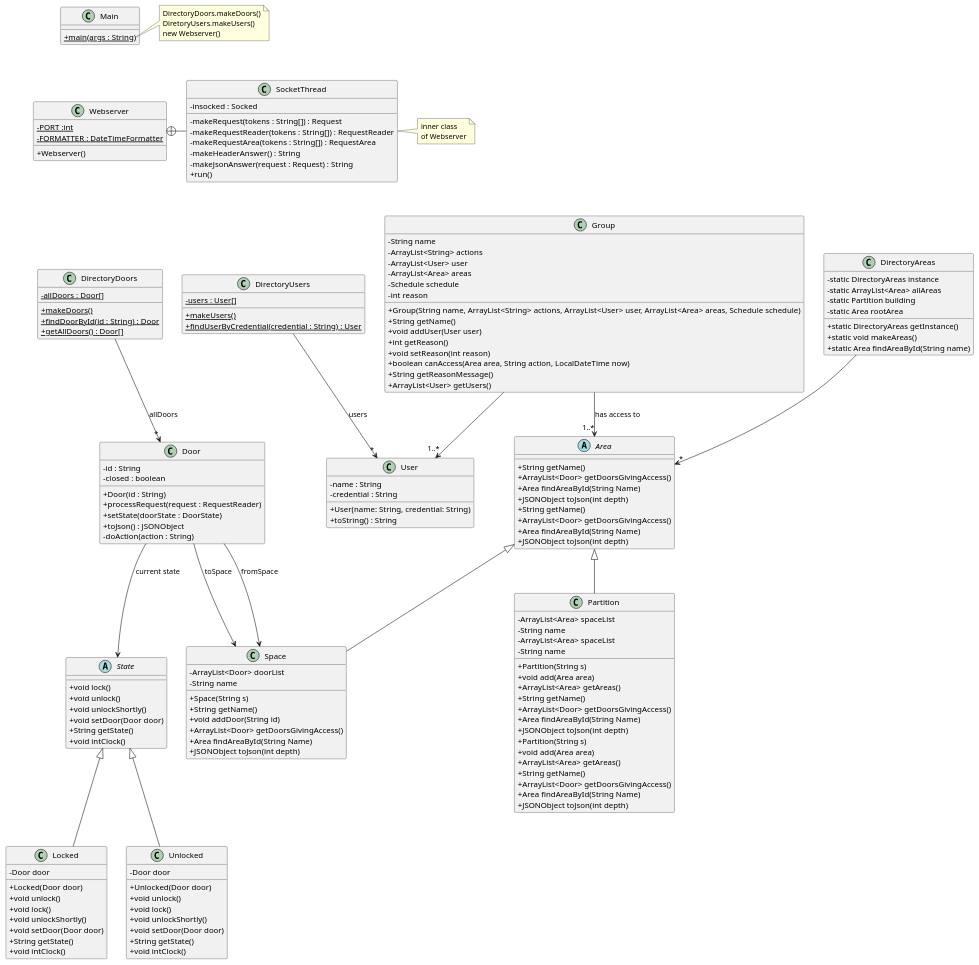
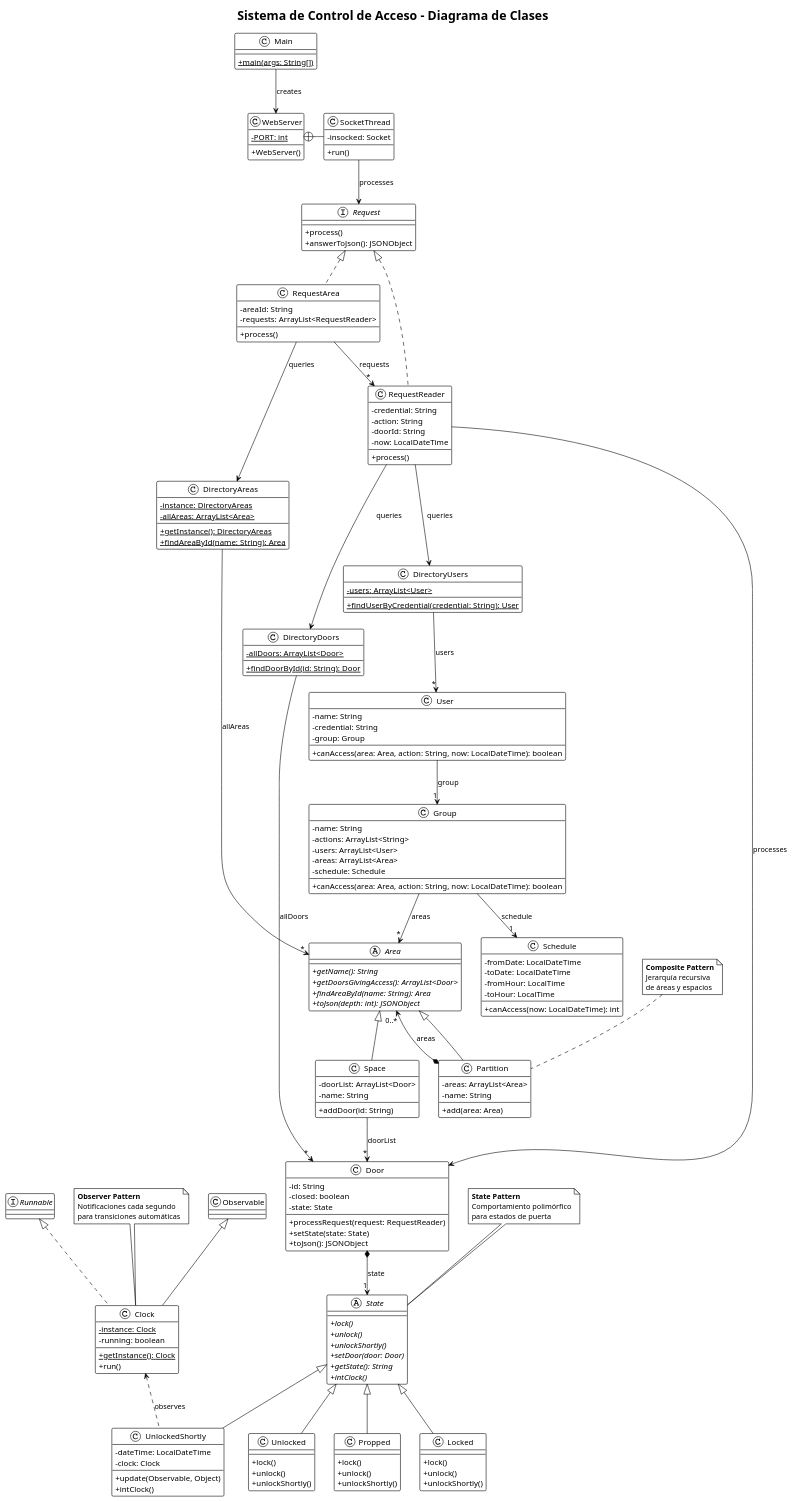
Before and after one commit to Mura894/acs_students_grup41: the diagram in src/baseNoStates/uml/base_no_states.puml, drawn with PlantUML. The commit also changed 1 other file, not shown here.

Commit message:
Corracion UML

```diff
--- a/src/baseNoStates/uml/base_no_states.puml
+++ b/src/baseNoStates/uml/base_no_states.puml
@@ -1,194 +1,208 @@
 @startuml
-'https://plantuml.com/class-diagram
+!theme plain
 skinparam classAttributeIconSize 0
+title Sistema de Control de Acceso - Diagrama de Clases
 
-class Webserver {
-- {static} PORT :int
-- {static} FORMATTER : DateTimeFormatter
-+ Webserver()
+' === NÚCLEO DEL SISTEMA ===
+class Main {
+  + {static} main(args: String[])
+}
+
+class WebServer {
+  - {static} PORT: int
+  + WebServer()
 }
 
 class SocketThread {
-- insocked : Socked
-- makeRequest(tokens : String[]) : Request
-- makeRequestReader(tokens : String[]) : RequestReader
-- makeRequestArea(tokens : String[]) : RequestArea
-- makeHeaderAnswer() : String
-- makeJsonAnswer(request : Request) : String
-+ run()
+  - insocked: Socket
+  + run()
 }
 
-Webserver +-right- SocketThread
+WebServer +-right- SocketThread
 
-note right of SocketThread
-inner class
-of Webserver
+' === SISTEMA DE PUERTAS Y ESTADOS ===
+class Door {
+  - id: String
+  - closed: boolean
+  - state: State
+  + processRequest(request: RequestReader)
+  + setState(state: State)
+  + toJson(): JSONObject
+}
+
+abstract class State {
+  + {abstract} lock()
+  + {abstract} unlock()
+  + {abstract} unlockShortly()
+  + {abstract} setDoor(door: Door)
+  + {abstract} getState(): String
+  + {abstract} intClock()
+}
+
+class Locked {
+  + lock()
+  + unlock()
+  + unlockShortly()
+}
+
+class Unlocked {
+  + lock()
+  + unlock()
+  + unlockShortly()
+}
+
+class UnlockedShortly {
+  - dateTime: LocalDateTime
+  - clock: Clock
+  + update(Observable, Object)
+  + intClock()
+}
+
+class Propped {
+  + lock()
+  + unlock()
+  + unlockShortly()
+}
+
+Door *--> "1" State : state
+State <|-- Locked
+State <|-- Unlocked
+State <|-- UnlockedShortly
+State <|-- Propped
+
+' === SISTEMA DE ÁREAS (COMPOSITE) ===
+abstract class Area {
+  + {abstract} getName(): String
+  + {abstract} getDoorsGivingAccess(): ArrayList<Door>
+  + {abstract} findAreaById(name: String): Area
+  + {abstract} toJson(depth: int): JSONObject
+}
+
+class Space extends Area {
+  - doorList: ArrayList<Door>
+  - name: String
+  + addDoor(id: String)
+}
+
+class Partition extends Area {
+  - areas: ArrayList<Area>
+  - name: String
+  + add(area: Area)
+}
+
+Partition *--> "0..*" Area : areas
+
+class DirectoryAreas {
+  - {static} instance: DirectoryAreas
+  - {static} allAreas: ArrayList<Area>
+  + {static} getInstance(): DirectoryAreas
+  + {static} findAreaById(name: String): Area
+}
+
+DirectoryAreas --> "*" Area : allAreas
+Space --> "*" Door : doorList
+
+' === SISTEMA DE USUARIOS Y PERMISOS ===
+class User {
+  - name: String
+  - credential: String
+  - group: Group
+  + canAccess(area: Area, action: String, now: LocalDateTime): boolean
+}
+
+class Group {
+  - name: String
+  - actions: ArrayList<String>
+  - users: ArrayList<User>
+  - areas: ArrayList<Area>
+  - schedule: Schedule
+  + canAccess(area: Area, action: String, now: LocalDateTime): boolean
+}
+
+class Schedule {
+  - fromDate: LocalDateTime
+  - toDate: LocalDateTime
+  - fromHour: LocalTime
+  - toHour: LocalTime
+  + canAccess(now: LocalDateTime): int
+}
+
+User --> "1" Group : group
+Group --> "1" Schedule : schedule
+Group --> "*" Area : areas
+
+class DirectoryUsers {
+  - {static} users: ArrayList<User>
+  + {static} findUserByCredential(credential: String): User
+}
+
+DirectoryUsers --> "*" User : users
+
+' === SISTEMA DE REQUESTS ===
+interface Request {
+  + process()
+  + answerToJson(): JSONObject
+}
+
+class RequestReader implements Request {
+  - credential: String
+  - action: String
+  - doorId: String
+  - now: LocalDateTime
+  + process()
+}
+
+class RequestArea implements Request {
+  - areaId: String
+  - requests: ArrayList<RequestReader>
+  + process()
+}
+
+RequestArea --> "*" RequestReader : requests
+
+' === SISTEMA DE TIEMPO ===
+class Clock extends Observable implements Runnable {
+  - {static} instance: Clock
+  - running: boolean
+  + {static} getInstance(): Clock
+  + run()
+}
+
+UnlockedShortly .up.> Clock : observes
+
+' === DIRECTORIO DE PUERTAS ===
+class DirectoryDoors {
+  - {static} allDoors: ArrayList<Door>
+  + {static} findDoorById(id: String): Door
+}
+
+DirectoryDoors --> "*" Door : allDoors
+
+' === RELACIONES PRINCIPALES ===
+Main --> WebServer : creates
+SocketThread --> Request : processes
+RequestReader --> DirectoryUsers : queries
+RequestReader --> DirectoryDoors : queries
+RequestReader --> Door : processes
+RequestArea --> DirectoryAreas : queries
+
+' === NOTAS EXPLICATIVAS ===
+note top of State
+<b>State Pattern</b>
+Comportamiento polimórfico
+para estados de puerta
 end note
 
-class DirectoryDoors {
-- {static} allDoors : Door[]
-+ {static} makeDoors()
-+ {static} findDoorById(id : String) : Door
-+ {static} getAllDoors() : Door[]
-}
-
-DirectoryDoors --> "*" Door : "allDoors"
-
-class DirectoryUsers {
-- {static} users : User[]
-+ {static} makeUsers()
-+ {static} findUserByCredential(credential : String) : User
-}
-
-DirectoryUsers --> "*" User : "users"
-
-class Door {
-- id : String
-- closed : boolean
-+ Door(id : String)
-+ processRequest(request : RequestReader)
-+ setState(doorState : DoorState)
-+ toJson() : JSONObject
-'+ toString() : String
-'+ isClosed() :boolean
-'+ setClosed(b : boolean)
-'+ getStateName() : String
-- doAction(action : String)
-}
-
-
-abstract class State {
-    + void lock()
-    + void unlock()
-    + void unlockShortly()
-    + void setDoor(Door door)
-    + String getState()
-    + void intClock()
-}
-class Locked {
-    - Door door
-    + Locked(Door door)
-    + void unlock()
-    + void lock()
-    + void unlockShortly()
-    + void setDoor(Door door)
-    + String getState()
-    + void intClock()
-}
-class Unlocked {
-    - Door door
-    + Unlocked(Door door)
-    + void unlock()
-    + void lock()
-    + void unlockShortly()
-    + void setDoor(Door door)
-    + String getState()
-    + void intClock()
-}
-' Abstract class declaration
-abstract class Area {
-    + String getName()
-    + ArrayList<Door> getDoorsGivingAccess()
-    + Area findAreaById(String Name)
-    + JSONObject toJson(int depth)
-}
-' Abstract Component
-abstract class Area {
-    + String getName()
-    + ArrayList<Door> getDoorsGivingAccess()
-    + Area findAreaById(String Name)
-    + JSONObject toJson(int depth)
-}
-
-class DirectoryAreas {
-    - static DirectoryAreas instance
-    - static ArrayList<Area> allAreas
-    - static Partition building
-    - static Area rootArea
-    + static DirectoryAreas getInstance()
-    + static void makeAreas()
-    + static Area findAreaById(String name)
-}
-' Leaf
-class Space extends Area {
-    - ArrayList<Door> doorList
-    - String name
-    + Space(String s)
-    + String getName()
-    + void addDoor(String id)
-    + ArrayList<Door> getDoorsGivingAccess()
-    + Area findAreaById(String Name)
-    + JSONObject toJson(int depth)
-}
-class Partition {
-    - ArrayList<Area> spaceList
-    - String name
-    + Partition(String s)
-    + void add(Area area)
-    + ArrayList<Area> getAreas()
-    + String getName()
-    + ArrayList<Door> getDoorsGivingAccess()
-    + Area findAreaById(String Name)
-    + JSONObject toJson(int depth)
-}
-
-' Composite
-class Partition extends Area {
-    - ArrayList<Area> spaceList
-    - String name
-    + Partition(String s)
-    + void add(Area area)
-    + ArrayList<Area> getAreas()
-    + String getName()
-    + ArrayList<Door> getDoorsGivingAccess()
-    + Area findAreaById(String Name)
-    + JSONObject toJson(int depth)
-}
-
-class User {
-- name : String
-- credential : String
-+ User(name: String, credential: String)
-+ toString() : String
-}
-class Group {
-    - String name
-    - ArrayList<String> actions
-    - ArrayList<User> user
-    - ArrayList<Area> areas
-    - Schedule schedule
-    - int reason
-    + Group(String name, ArrayList<String> actions, ArrayList<User> user, ArrayList<Area> areas, Schedule schedule)
-    + String getName()
-    + void addUser(User user)
-    + int getReason()
-    + void setReason(int reason)
-    + boolean canAccess(Area area, String action, LocalDateTime now)
-    + String getReasonMessage()
-    + ArrayList<User> getUsers()
-}
-
-Door --> Space : "fromSpace"
-Door --> Space : "toSpace"
-DirectoryAreas -->"*" Area
-Door --> State : current state
-State <|-- Locked
-State <|-- Unlocked
-Group --> "1..*" User
-Group --> "1..*" Area : has access to
-
-
-class Main {
-+ {static} main(args : String)
-}
-
-note right of Main::main
-DirectoryDoors.makeDoors()
-DiretoryUsers.makeUsers()
-new Webserver()
+note top of Partition
+<b>Composite Pattern</b>
+Jerarquía recursiva
+de áreas y espacios
 end note
 
-Main -[hidden]down- Webserver
-Webserver -[hidden]down- DirectoryDoors
-DirectoryDoors -[hidden]right- DirectoryUsers
+note top of Clock
+<b>Observer Pattern</b>
+Notificaciones cada segundo
+para transiciones automáticas
+end note
+
 @enduml
```
